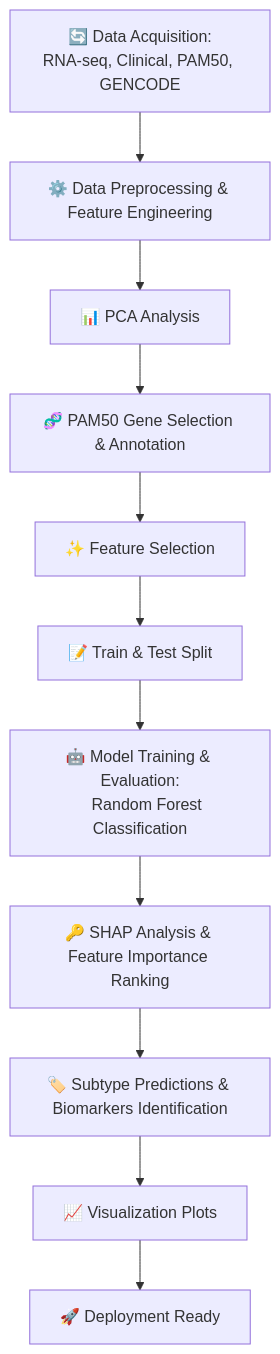
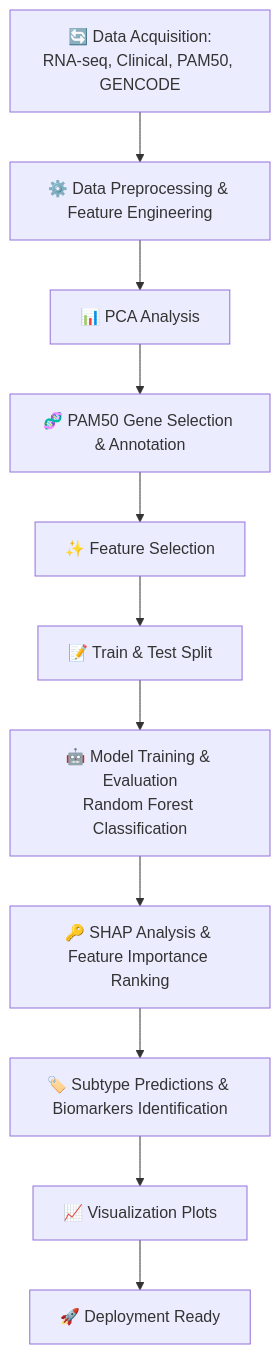
The second of 2 diagrams in mermaid_test.md (Yohansgit/Machine-Learning_Models_Projects), drawn with Mermaid before and after one commit.

````diff
--- a/mermaid_test.md
+++ b/mermaid_test.md
@@ -7,15 +7,15 @@
 ```mermaid        
 flowchart TD                 
 A[🔄 Data Acquisition:
 RNA-seq, Clinical, PAM50, GENCODE] --> B[⚙️ Data Preprocessing & Feature Engineering]                   
     B --> C[📊 PCA Analysis]                      
     C --> D[🧬 PAM50 Gene Selection & Annotation]                      
     D --> E[✨ Feature Selection]                        
     E --> F[📝 Train & Test Split]                
-    F --> G[🤖 Model Training & Evaluation:
-    Random Forest Classification]                 
+    F --> G[🤖 Model Training & Evaluation
+Random Forest Classification]                 
     G --> H[🔑 SHAP Analysis & Feature Importance Ranking]                  
     H --> I[🏷️ Subtype Predictions & Biomarkers Identification]               
     I --> J[📈 Visualization Plots]             
     J --> K[🚀 Deployment Ready]                    
 ``` 
````
